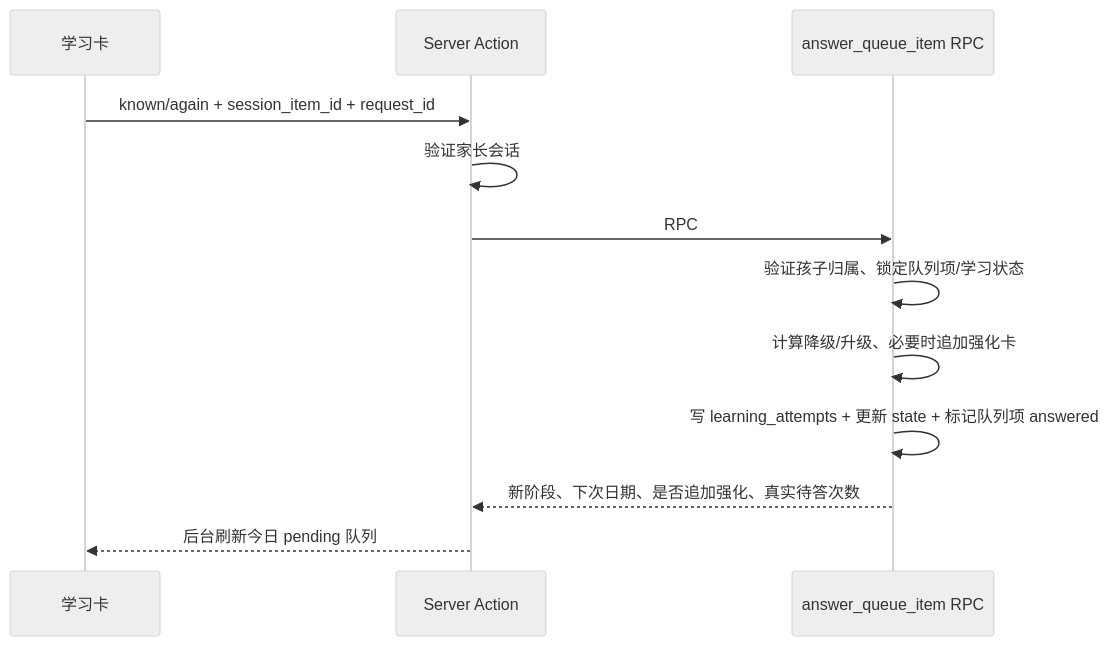
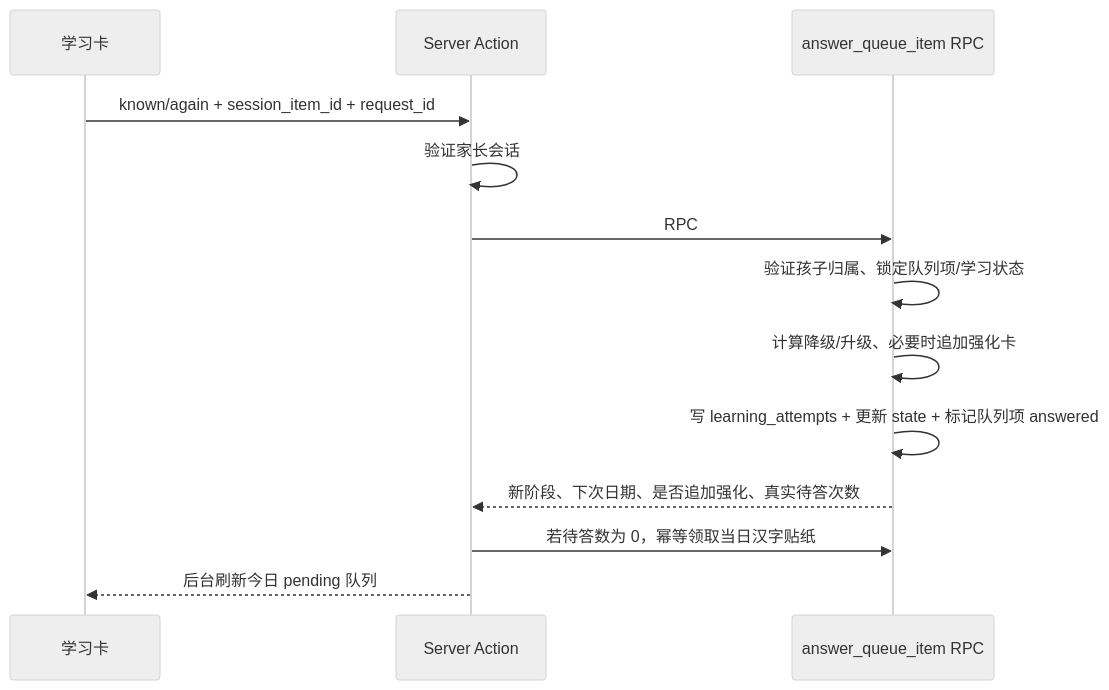
Before and after one commit to FisherUp11/Fisher_Learning_System: the third of 3 diagrams in ARCHITECTURE.md, drawn with Mermaid (neutral theme). The commit also changed other lines of this file and 30 other files, not shown here.

````diff
--- a/ARCHITECTURE.md
+++ b/ARCHITECTURE.md
@@ -181,14 +198,15 @@
 ```mermaid
 sequenceDiagram
   participant K as 学习卡
   participant A as Server Action
   participant DB as answer_queue_item RPC
   K->>A: known/again + session_item_id + request_id
   A->>A: 验证家长会话
   A->>DB: RPC
   DB->>DB: 验证孩子归属、锁定队列项/学习状态
   DB->>DB: 计算降级/升级、必要时追加强化卡
   DB->>DB: 写 learning_attempts + 更新 state + 标记队列项 answered
   DB-->>A: 新阶段、下次日期、是否追加强化、真实待答次数
+  A->>DB: 若待答数为 0，幂等领取当日汉字贴纸
   A-->>K: 后台刷新今日 pending 队列
 ```
````
